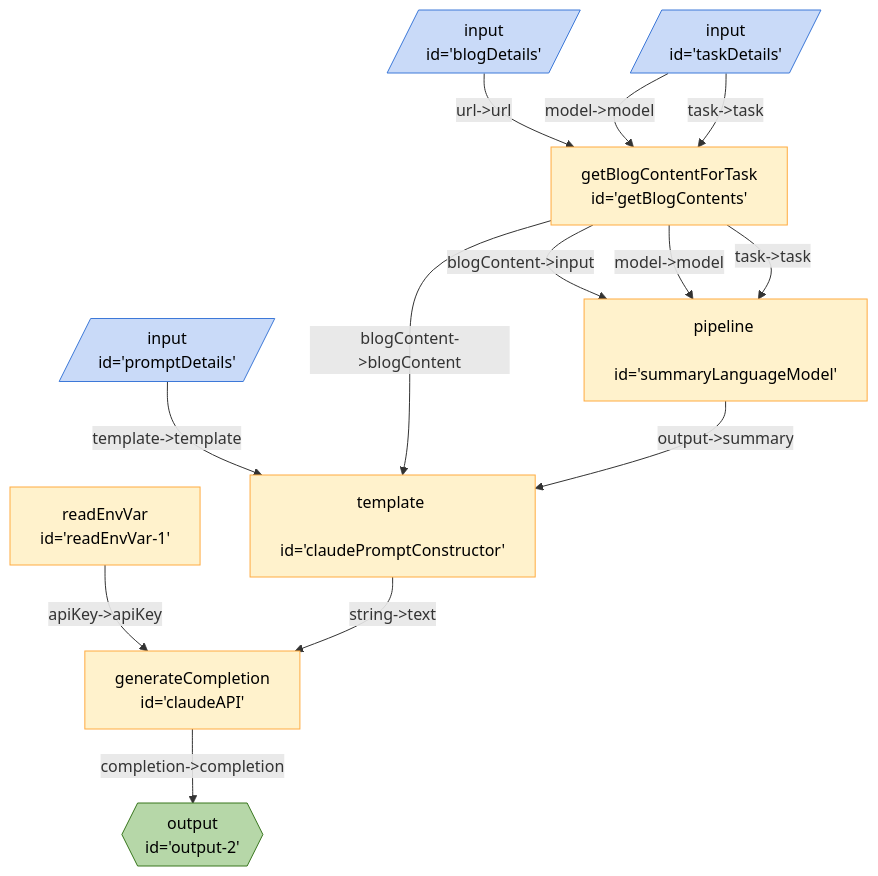
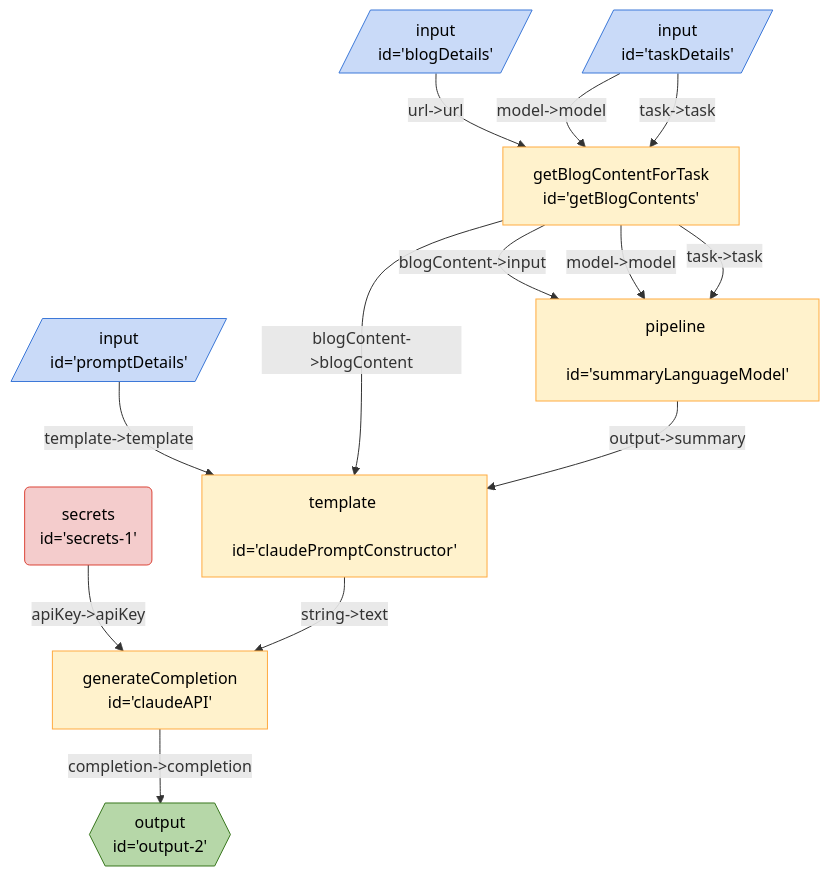
One commit to ExaDev-io/breadboard-samples changed the diagram in samples/CourseCrafter/src/single/README.md. Above: the diagram before and after it, drawn with Mermaid. The commit also changed other lines of this file and 3 other files, not shown here.

Commit message:
use secrets from core kit to get api key

````diff
--- a/samples/CourseCrafter/src/single/README.md
+++ b/samples/CourseCrafter/src/single/README.md
@@ -3,24 +3,24 @@
 ```mermaid
 %%{init: 'themeVariables': { 'fontFamily': 'Fira Code, monospace' }}%%
 graph TD;
 promptDetails[/"input <br> id='promptDetails'"/]:::input -- "template->template" --> claudePromptConstructor["template <br> id='claudePromptConstructor'"]
 blogDetails[/"input <br> id='blogDetails'"/]:::input -- "url->url" --> getBlogContents["getBlogContentForTask <br> id='getBlogContents'"]
 taskDetails[/"input <br> id='taskDetails'"/]:::input -- "model->model" --> getBlogContents["getBlogContentForTask <br> id='getBlogContents'"]
 taskDetails[/"input <br> id='taskDetails'"/]:::input -- "task->task" --> getBlogContents["getBlogContentForTask <br> id='getBlogContents'"]
 getBlogContents["getBlogContentForTask <br> id='getBlogContents'"] -- "blogContent->input" --> summaryLanguageModel["pipeline <br> id='summaryLanguageModel'"]
 getBlogContents["getBlogContentForTask <br> id='getBlogContents'"] -- "model->model" --> summaryLanguageModel["pipeline <br> id='summaryLanguageModel'"]
 getBlogContents["getBlogContentForTask <br> id='getBlogContents'"] -- "task->task" --> summaryLanguageModel["pipeline <br> id='summaryLanguageModel'"]
 getBlogContents["getBlogContentForTask <br> id='getBlogContents'"] -- "blogContent->blogContent" --> claudePromptConstructor["template <br> id='claudePromptConstructor'"]
 summaryLanguageModel["pipeline <br> id='summaryLanguageModel'"] -- "output->summary" --> claudePromptConstructor["template <br> id='claudePromptConstructor'"]
-readEnvVar1["readEnvVar <br> id='readEnvVar-1'"] -- "apiKey->apiKey" --> claudeAPI["generateCompletion <br> id='claudeAPI'"]
+secrets1("secrets <br> id='secrets-1'"):::secrets -- "apiKey->apiKey" --> claudeAPI["generateCompletion <br> id='claudeAPI'"]
 claudePromptConstructor["template <br> id='claudePromptConstructor'"] -- "string->text" --> claudeAPI["generateCompletion <br> id='claudeAPI'"]
 claudeAPI["generateCompletion <br> id='claudeAPI'"] -- "completion->completion" --> output2{{"output <br> id='output-2'"}}:::output
 classDef default stroke:#ffab40,fill:#fff2ccff,color:#000
 classDef input stroke:#3c78d8,fill:#c9daf8ff,color:#000
 classDef output stroke:#38761d,fill:#b6d7a8ff,color:#000
 classDef passthrough stroke:#a64d79,fill:#ead1dcff,color:#000
 classDef slot stroke:#a64d79,fill:#ead1dcff,color:#000
 classDef config stroke:#a64d79,fill:#ead1dcff,color:#000
 classDef secrets stroke:#db4437,fill:#f4cccc,color:#000
 classDef slotted stroke:#a64d79
 ```
````
